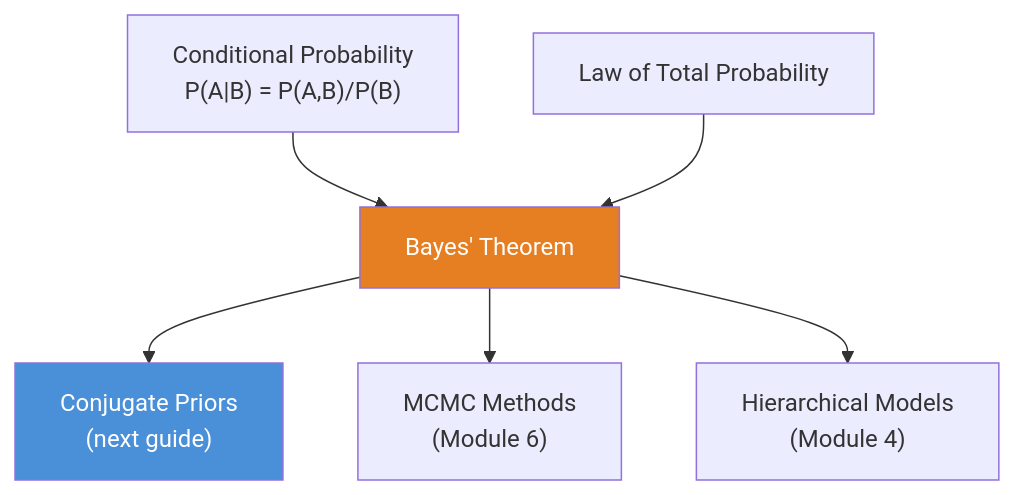
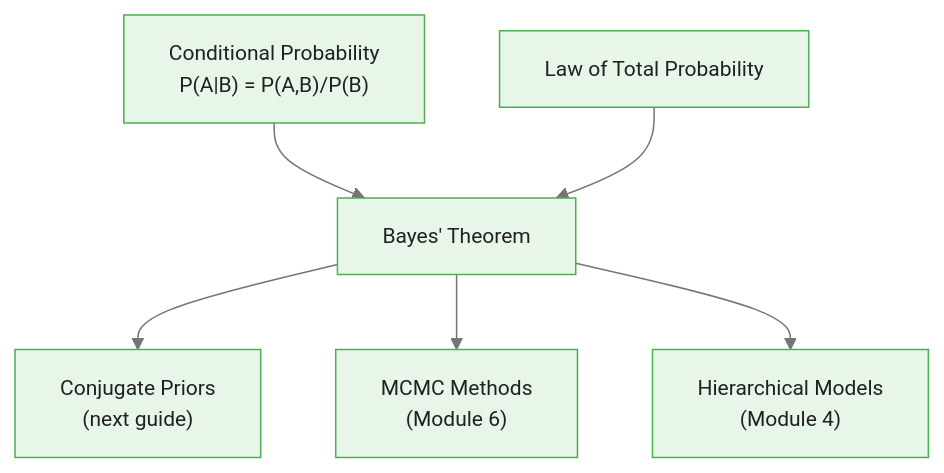
Before and after one commit to m-deane/course-creator: the fourth of 4 diagrams in courses/bayesian-commodity-forecasting/modules/module_01_bayesian_fundamentals/guides/01_bayes_theorem_slides.md, drawn with Mermaid. The commit also changed other lines of this file and 104 other files, not shown here.

````diff
--- a/courses/bayesian-commodity-forecasting/modules/module_01_bayesian_fundamentals/guides/01_bayes_theorem_slides.md
+++ b/courses/bayesian-commodity-forecasting/modules/module_01_bayesian_fundamentals/guides/01_bayes_theorem_slides.md
@@ -281,10 +292,9 @@
 ```mermaid
+%%{init: {"theme": "base", "themeVariables": {"primaryColor": "#e8f5e9", "primaryBorderColor": "#4caf50", "primaryTextColor": "#212121", "secondaryColor": "#e3f2fd", "tertiaryColor": "#fff8e1", "lineColor": "#757575", "fontFamily": "Inter, sans-serif", "fontSize": "14px"}}}%%
 flowchart TD
     CP["Conditional Probability\nP(A|B) = P(A,B)/P(B)"] --> BT["Bayes' Theorem"]
     LTP["Law of Total Probability"] --> BT
     BT --> CJ["Conjugate Priors\n(next guide)"]
     BT --> MCMC["MCMC Methods\n(Module 6)"]
     BT --> HM["Hierarchical Models\n(Module 4)"]
-    style BT fill:#e67e22,color:#fff
-    style CJ fill:#4a90d9,color:#fff
 ```
````
